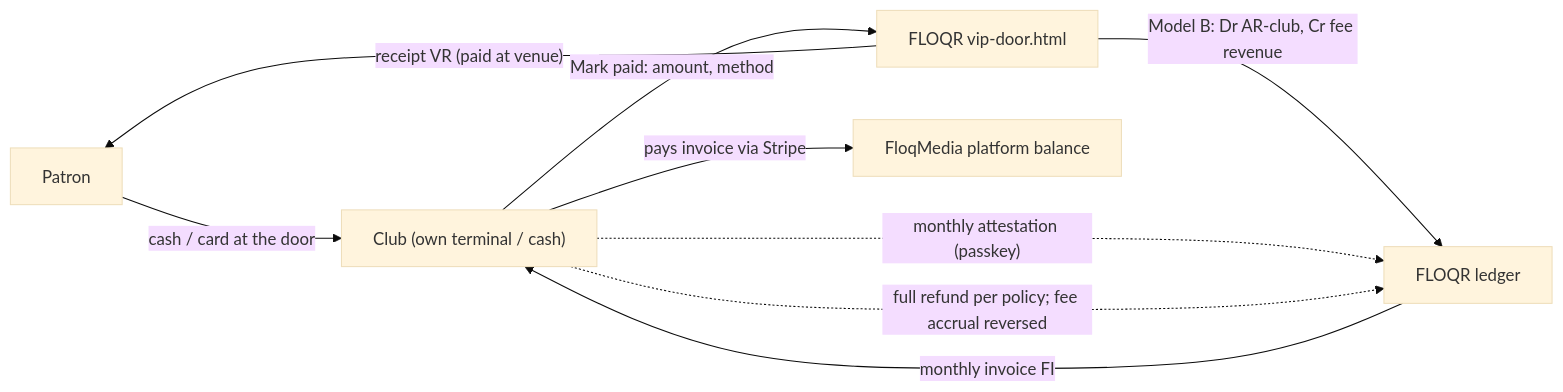
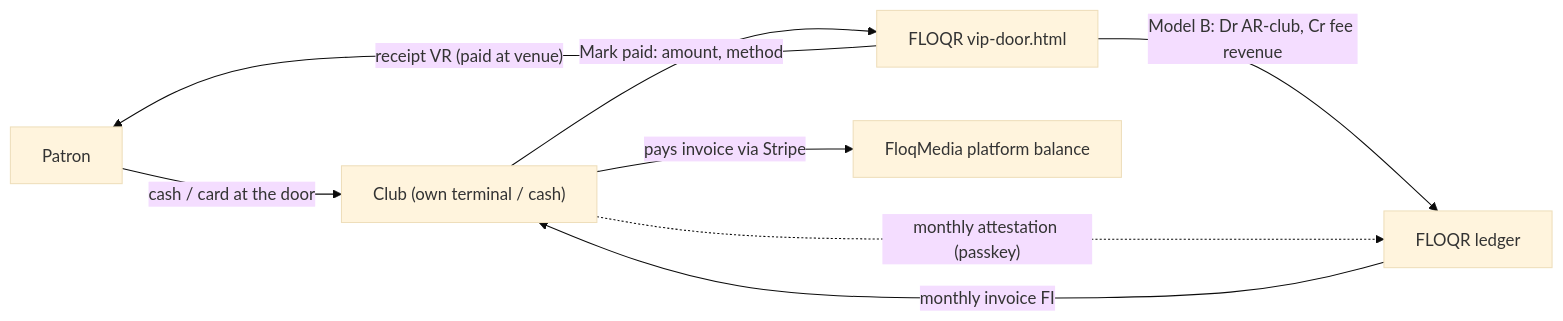
One commit to JadzAdCo/shoutout-demo changed the fourth of 7 diagrams in reports/vip-notifications-billing.md. Above: the diagram before and after it, drawn with Mermaid (base theme). The commit also changed other lines of this file and 3 other files, not shown here.

````diff
--- a/reports/vip-notifications-billing.md
+++ b/reports/vip-notifications-billing.md
@@ -329,11 +327,10 @@
 ```mermaid
 flowchart LR
   P["Patron"] -->|"cash / card at the door"| V["Club (own terminal / cash)"]
   V -->|"Mark paid: amount, method"| F["FLOQR vip-door.html"]
   F -->|"receipt VR (paid at venue)"| P
   F -->|"Model B: Dr AR-club, Cr fee revenue"| L["FLOQR ledger"]
   L -->|"monthly invoice FI"| V
   V -->|"pays invoice via Stripe"| PB["FloqMedia platform balance"]
   V -.->|"monthly attestation (passkey)"| L
-  V -.->|"full refund per policy; fee accrual reversed"| L
 ```
````
